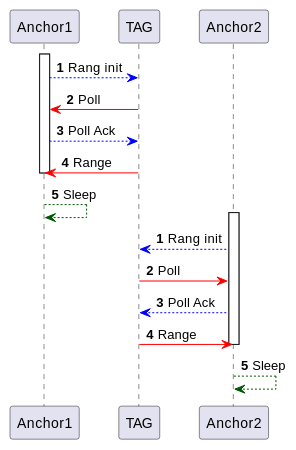
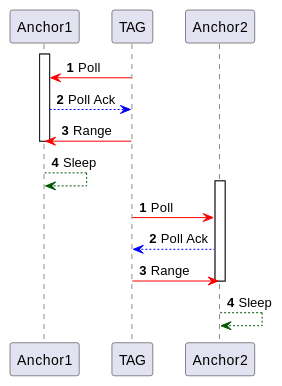
One commit to eastWillow/arduino-dw1000 changed the first of 4 diagrams in doc/UD_ranging.md. Above: the diagram before and after it, drawn with PlantUML. The commit also changed other lines of this file and 4 other files, not shown here.

````diff
--- a/doc/UD_ranging.md
+++ b/doc/UD_ranging.md
@@ -3,20 +3,18 @@
 ```plantuml
 @startuml
 autonumber
 activate Anchor1
-Anchor1 -[#0000FF]->TAG : Rang init
 TAG -[#red]> Anchor1 : Poll
 Anchor1 -[#0000FF]->TAG : Poll Ack
 TAG -[#red]> Anchor1 : Range
 deactivate Anchor1
 Anchor1 -[#005500]->Anchor1 : Sleep
 autonumber 1
 activate Anchor2
-Anchor2 -[#0000FF]->TAG : Rang init
 TAG -[#red]> Anchor2 : Poll
 Anchor2 -[#0000FF]->TAG : Poll Ack
 TAG -[#red]> Anchor2 : Range
 deactivate Anchor2
 Anchor2 -[#005500]->Anchor2 : Sleep
 @enduml
 ```
````
